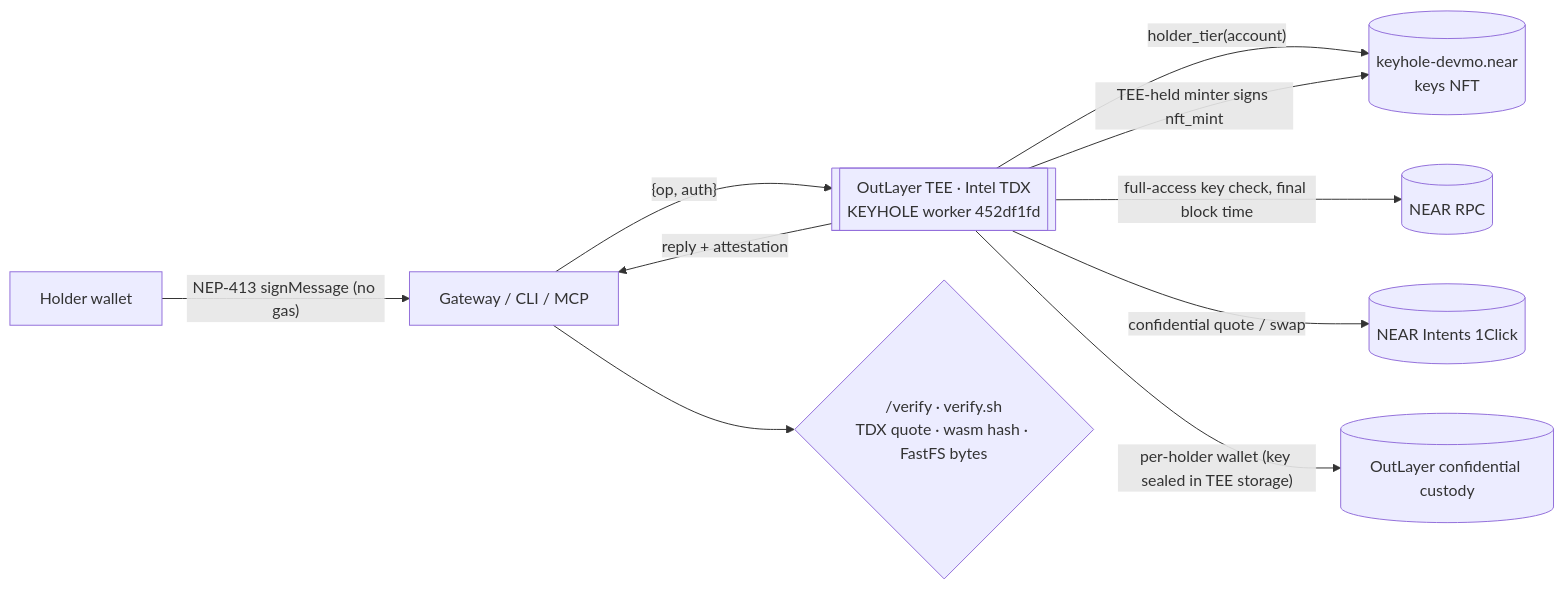
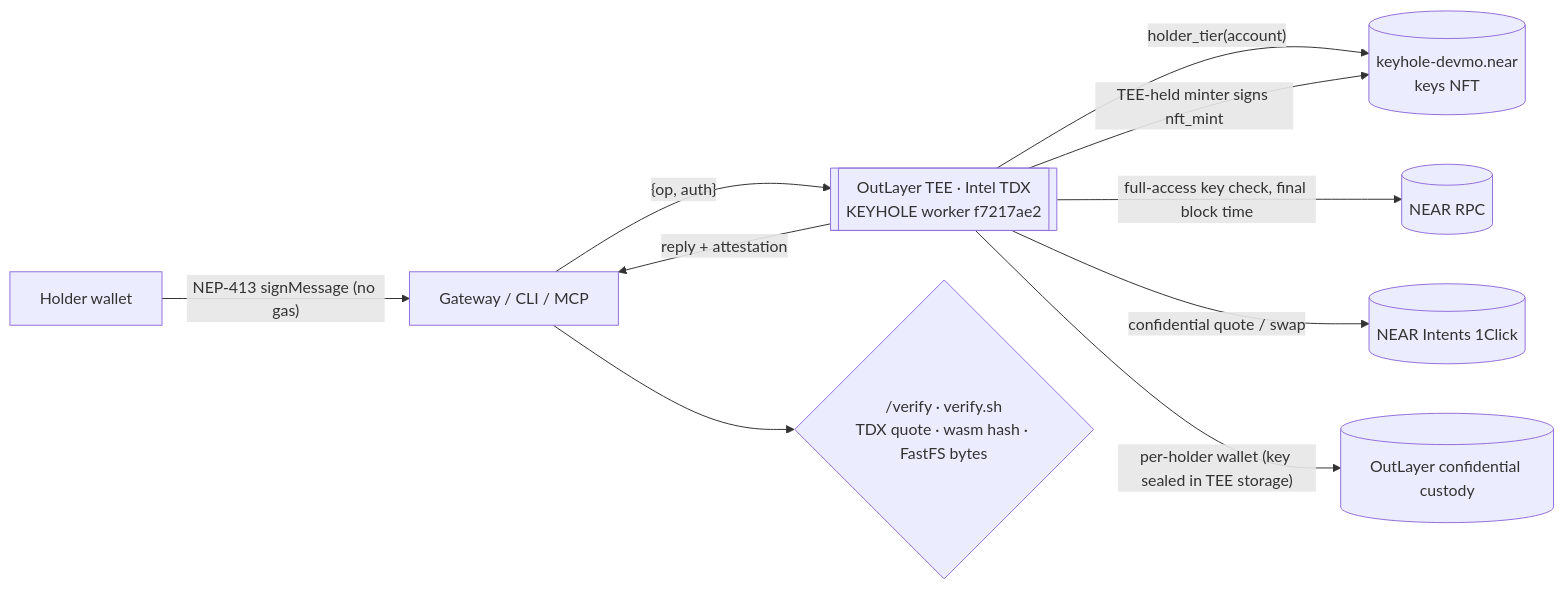
Before and after one commit to mohamedwael201193/keyhole: the first of 2 diagrams in README.md, drawn with Mermaid. The commit also changed other lines of this file and 22 other files, not shown here.

````diff
--- a/README.md
+++ b/README.md
@@ -178,12 +178,12 @@
 ```mermaid
 flowchart LR
   H[Holder wallet] -- "NEP-413 signMessage (no gas)" --> G[Gateway / CLI / MCP]
-  G -- "{op, auth}" --> T[[OutLayer TEE · Intel TDX<br/>KEYHOLE worker 452df1fd]]
+  G -- "{op, auth}" --> T[[OutLayer TEE · Intel TDX<br/>KEYHOLE worker f7217ae2]]
   T -- "holder_tier(account)" --> C[(keyhole-devmo.near<br/>keys NFT)]
   T -- "full-access key check, final block time" --> N[(NEAR RPC)]
   T -- "confidential quote / swap" --> I[(NEAR Intents 1Click)]
   T -- "per-holder wallet (key sealed in TEE storage)" --> W[(OutLayer confidential custody)]
   T -- "TEE-held minter signs nft_mint" --> C
   T -- "reply + attestation" --> G
   G --> V{"/verify · verify.sh<br/>TDX quote · wasm hash · FastFS bytes"}
 ```
````
